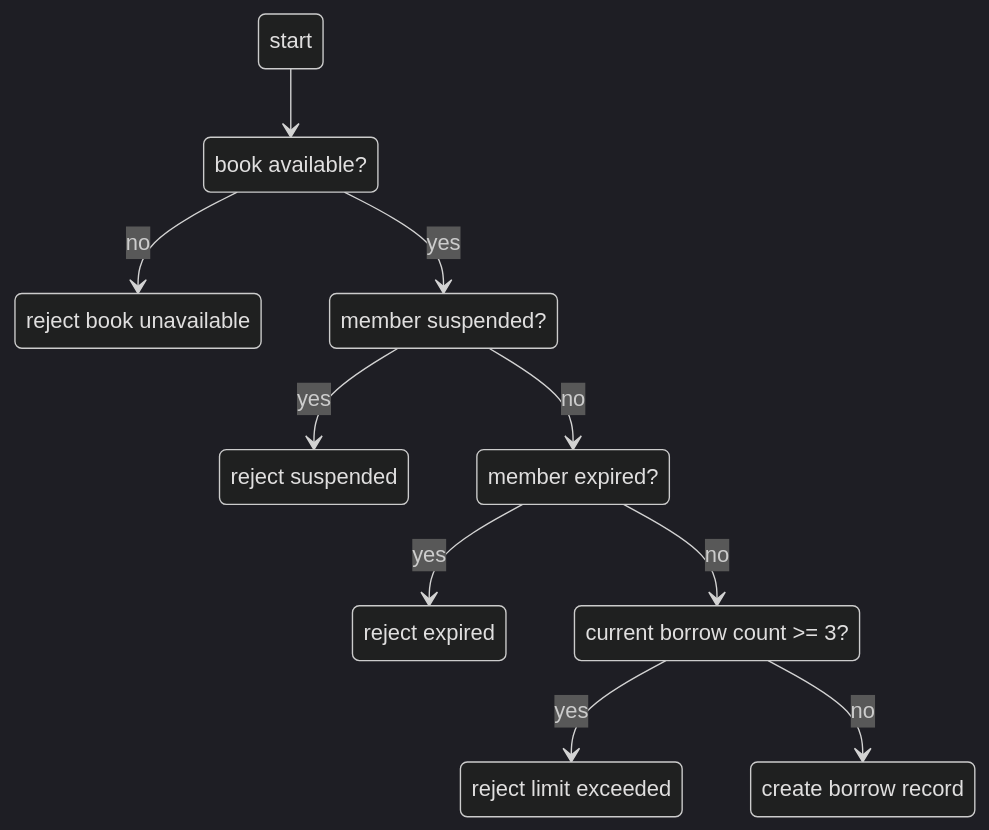
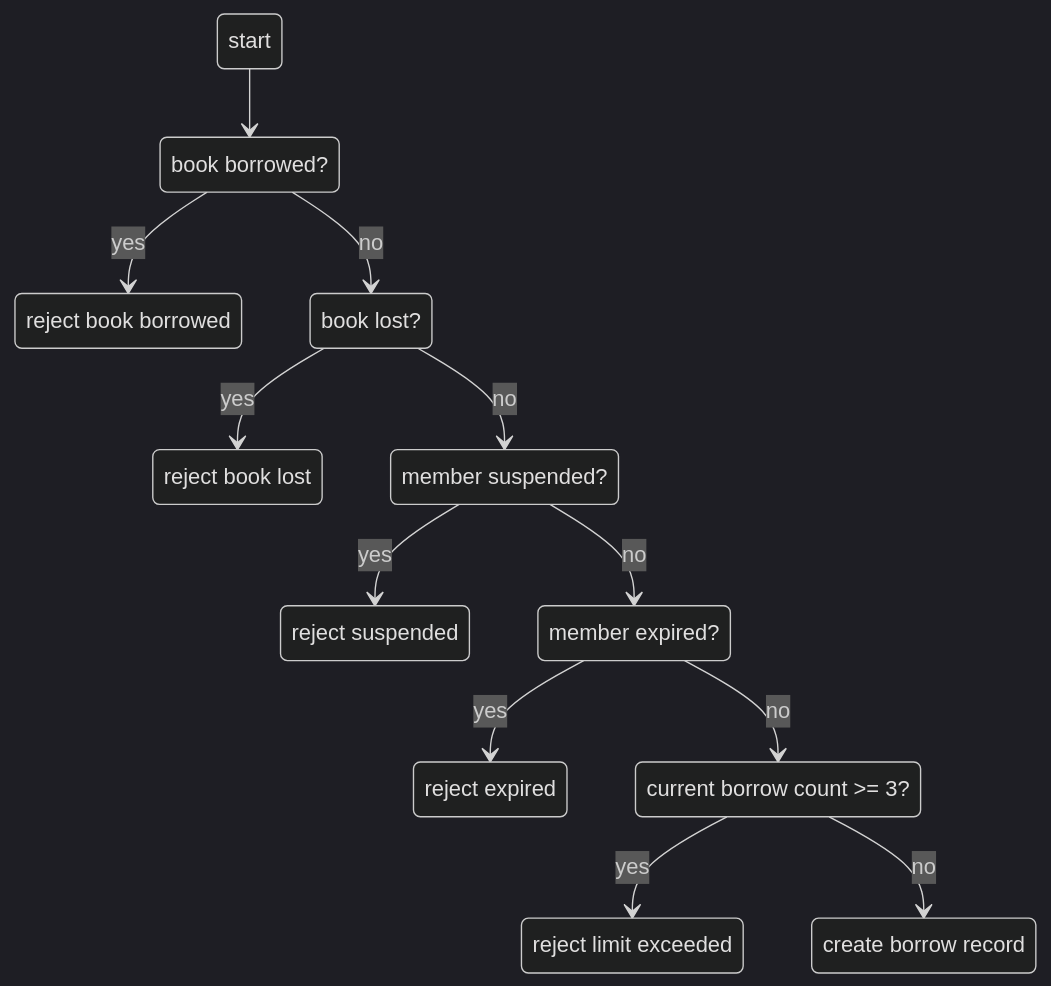
The diagram in submissions/test-cases.md (USTH-STQA-2026/stqa-manual-testing-stqa_group_14), drawn with Mermaid (dark theme) before and after one commit. The commit also changed other lines of this file and 27 other files, not shown here.

Commit message:
Added TC-04-03, modified graph - Fix test case numbering - Fix styling in bug-reports.md - Fix prime path set and decision table in test-cases.md

````diff
--- a/submissions/test-cases.md
+++ b/submissions/test-cases.md
@@ -77,21 +79,25 @@
 ```mermaid
 stateDiagram-v2
-	n1: book available?
-	n11: reject book unavailable
+	n1: book borrowed?
+	n11: reject book borrowed
+    n12: book lost?
+    n122: reject book lost
 	n2: member suspended?
 	n22: reject suspended
 	n3: member expired?
 	n33: reject expired
 	n4: current borrow count >= 3?
 	n44: reject limit exceeded
 	n5: create borrow record
 	start --> n1
-	n1 --> n11: no
-	n1 --> n2: yes
+	n1 --> n11: yes
+	n1 --> n12: no
+    n12 --> n122: yes
+    n12 --> n2: no
 	n2 --> n22: yes
 	n2 --> n3: no
 	n3 --> n33: yes
 	n3 --> n4: no
 	n4 --> n44: yes
 	n4 --> n5: no
 ```
````
